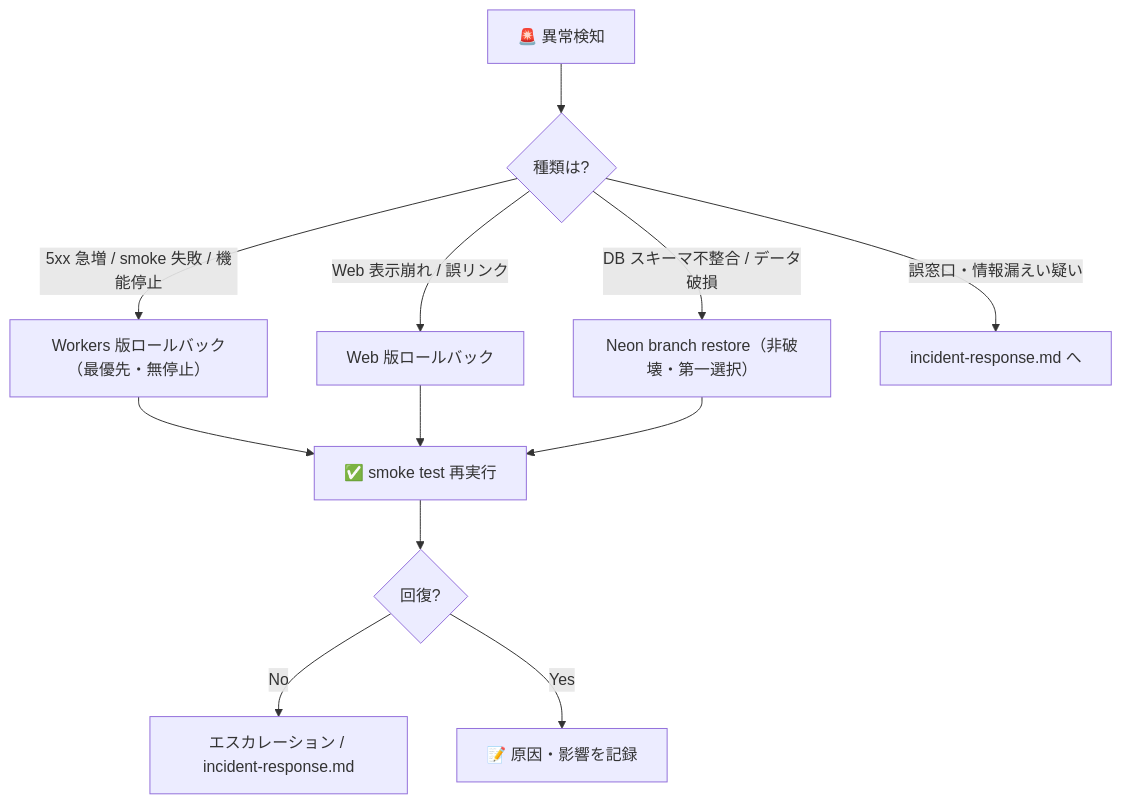
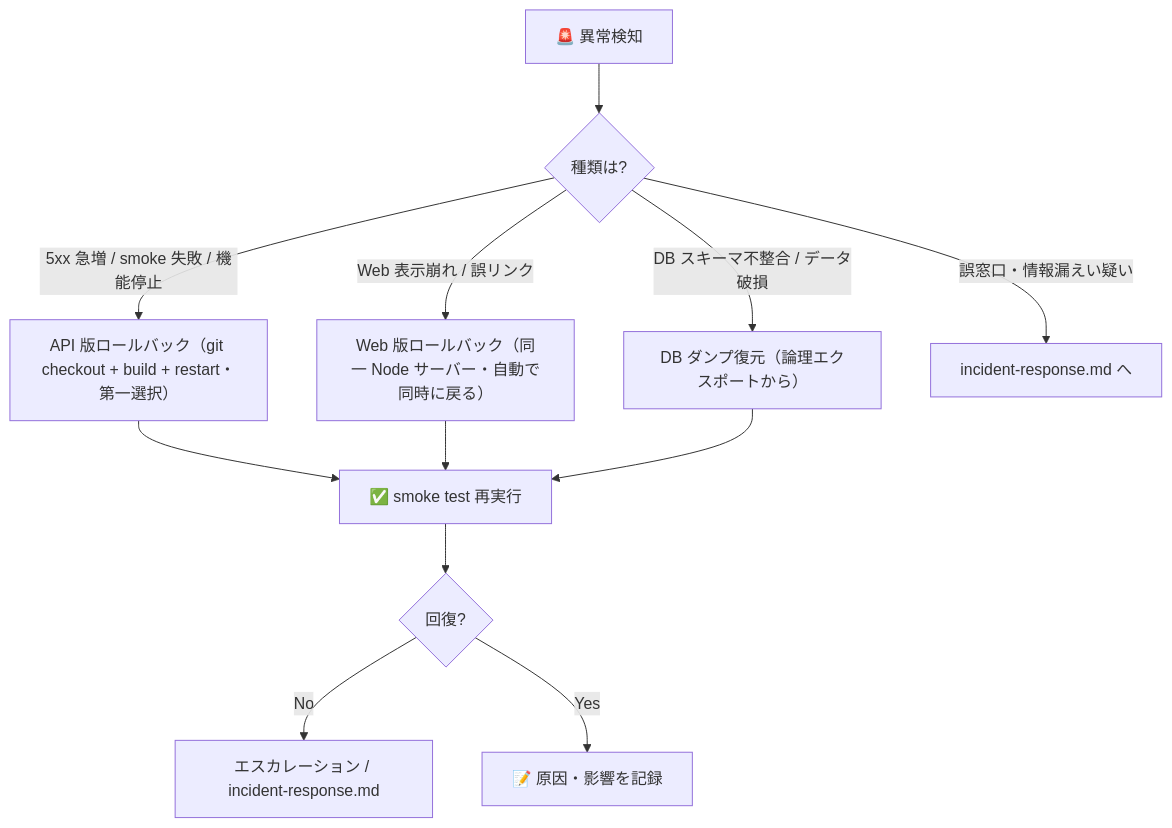
Before and after one commit to Kensan196948G/Public-Works-Stakeholder-Map: the diagram in docs/operations/rollback.md, drawn with Mermaid. The commit also changed other lines of this file and 15 other files, not shown here.

````diff
--- a/docs/operations/rollback.md
+++ b/docs/operations/rollback.md
@@ -16,14 +16,14 @@
 ```mermaid
 flowchart TD
     A["🚨 異常検知"] --> B{"種類は?"}
-    B -->|5xx 急増 / smoke 失敗 / 機能停止| C["Workers 版ロールバック（最優先・無停止）"]
-    B -->|Web 表示崩れ / 誤リンク| D["Web 版ロールバック"]
-    B -->|DB スキーマ不整合 / データ破損| E["Neon branch restore（非破壊・第一選択）"]
+    B -->|5xx 急増 / smoke 失敗 / 機能停止| C["API 版ロールバック（git checkout + build + restart・第一選択）"]
+    B -->|Web 表示崩れ / 誤リンク| D["Web 版ロールバック（同一 Node サーバー・自動で同時に戻る）"]
+    B -->|DB スキーマ不整合 / データ破損| E["DB ダンプ復元（論理エクスポートから）"]
     B -->|誤窓口・情報漏えい疑い| F["incident-response.md へ"]
     C --> G["✅ smoke test 再実行"]
     D --> G
     E --> G
     G --> H{"回復?"}
     H -->|No| I["エスカレーション / incident-response.md"]
     H -->|Yes| J["📝 原因・影響を記録"]
 ```
````
